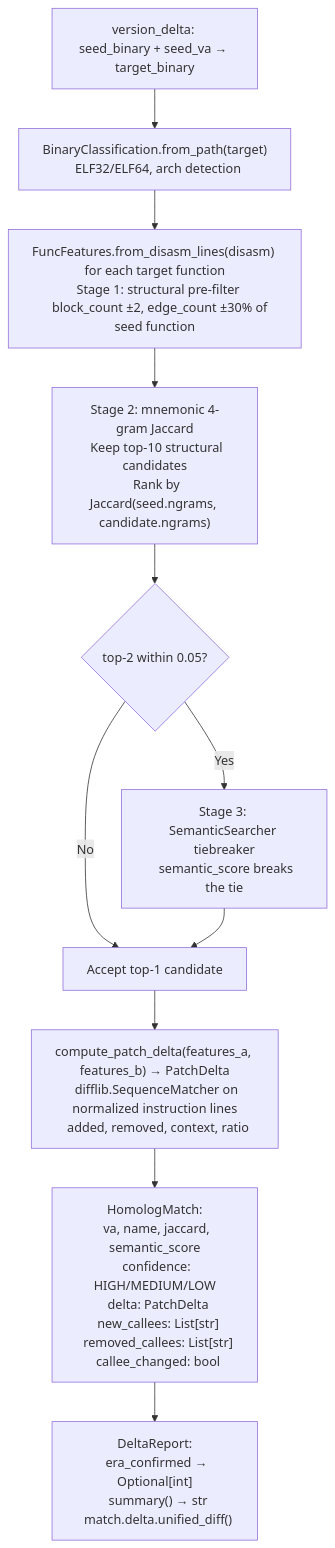
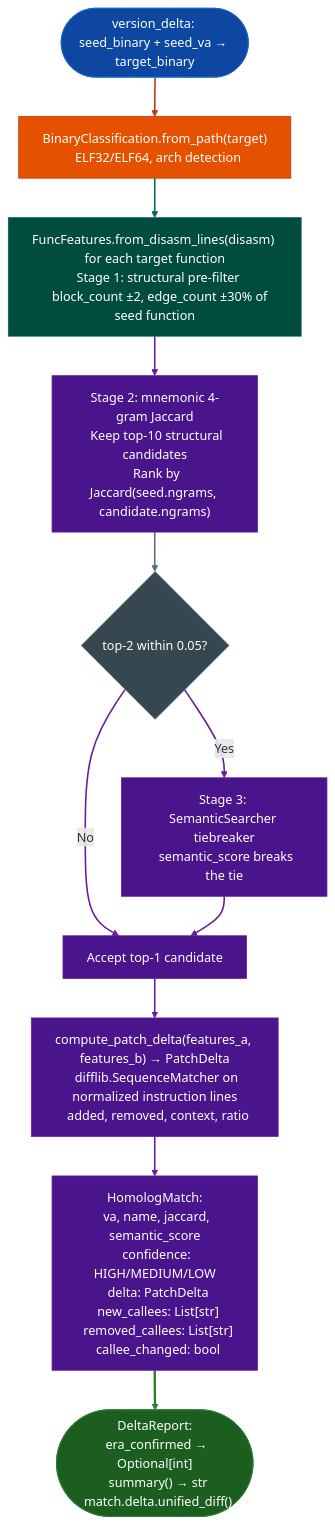
Before and after one commit to Ablation-Tool/ablation: the diagram in docs/reference-modules/fortinet-multi-phase-directory-sweeps.md, drawn with Mermaid. The commit also changed 320 other files, not shown here.

First line of the commit message:
docs: apply canonical Mermaid template to all 321 diagrams

````diff
--- a/docs/reference-modules/fortinet-multi-phase-directory-sweeps.md
+++ b/docs/reference-modules/fortinet-multi-phase-directory-sweeps.md
@@ -19,13 +19,29 @@
 ```mermaid
 flowchart TD
-    A["version_delta: seed_binary + seed_va → target_binary"] --> B["BinaryClassification.from_path(target)\n  ELF32/ELF64, arch detection"]
-    B --> C["FuncFeatures.from_disasm_lines(disasm) for each target function\n  Stage 1: structural pre-filter\n    block_count ±2, edge_count ±30% of seed function"]
-    C --> D["Stage 2: mnemonic 4-gram Jaccard\n  Keep top-10 structural candidates\n  Rank by Jaccard(seed.ngrams, candidate.ngrams)"]
-    D --> E{"top-2 within 0.05?"}
-    E -->|"Yes"| F["Stage 3: SemanticSearcher tiebreaker\n  semantic_score breaks the tie"]
-    E -->|"No"| G["Accept top-1 candidate"]
-    F --> G
-    G --> H["compute_patch_delta(features_a, features_b) → PatchDelta\n  difflib.SequenceMatcher on normalized instruction lines\n  added, removed, context, ratio"]
-    H --> I["HomologMatch:\n  va, name, jaccard, semantic_score\n  confidence: HIGH/MEDIUM/LOW\n  delta: PatchDelta\n  new_callees: List[str]\n  removed_callees: List[str]\n  callee_changed: bool"]
-    I --> J["DeltaReport:\n  era_confirmed → Optional[int]\n  summary() → str\n  match.delta.unified_diff()"]
+    A(["version_delta: seed_binary + seed_va → target_binary"]):::input --> B["BinaryClassification.from_path(target)\n  ELF32/ELF64, arch detection"]:::primary
+    B:::primary --> C["FuncFeatures.from_disasm_lines(disasm) for each target function\n  Stage 1: structural pre-filter\n    block_count ±2, edge_count ±30% of seed function"]:::secondary
+    C:::secondary --> D["Stage 2: mnemonic 4-gram Jaccard\n  Keep top-10 structural candidates\n  Rank by Jaccard(seed.ngrams, candidate.ngrams)"]:::tertiary
+    D:::tertiary --> E{"top-2 within 0.05?"}:::neutral
+    E:::neutral -->|"Yes"| F["Stage 3: SemanticSearcher tiebreaker\n  semantic_score breaks the tie"]:::tertiary
+    E:::neutral -->|"No"| G["Accept top-1 candidate"]:::tertiary
+    F:::tertiary --> G:::tertiary
+    G:::tertiary --> H["compute_patch_delta(features_a, features_b) → PatchDelta\n  difflib.SequenceMatcher on normalized instruction lines\n  added, removed, context, ratio"]:::tertiary
+    H:::tertiary --> I["HomologMatch:\n  va, name, jaccard, semantic_score\n  confidence: HIGH/MEDIUM/LOW\n  delta: PatchDelta\n  new_callees: List[str]\n  removed_callees: List[str]\n  callee_changed: bool"]:::tertiary
+    I:::tertiary --> J(["DeltaReport:\n  era_confirmed → Optional[int]\n  summary() → str\n  match.delta.unified_diff()"]):::output
+    classDef input     fill:#0d47a1,stroke:#1565c0,color:#fff
+    classDef primary   fill:#e65100,stroke:#bf360c,color:#fff
+    classDef secondary fill:#004d40,stroke:#00695c,color:#fff
+    classDef tertiary  fill:#4a148c,stroke:#6a1b9a,color:#fff
+    classDef neutral   fill:#37474f,stroke:#546e7a,color:#fff
+    classDef output    fill:#1b5e20,stroke:#2e7d32,color:#fff
+    linkStyle 0 stroke:#bf360c,stroke-width:2px
+    linkStyle 1 stroke:#00695c,stroke-width:2px
+    linkStyle 2 stroke:#6a1b9a,stroke-width:2px
+    linkStyle 3 stroke:#546e7a,stroke-width:2px
+    linkStyle 4 stroke:#6a1b9a,stroke-width:2px
+    linkStyle 5 stroke:#6a1b9a,stroke-width:2px
+    linkStyle 6 stroke:#6a1b9a,stroke-width:2px
+    linkStyle 7 stroke:#6a1b9a,stroke-width:2px
+    linkStyle 8 stroke:#6a1b9a,stroke-width:2px
+    linkStyle 9 stroke:#2e7d32,stroke-width:3px
 ```
````
